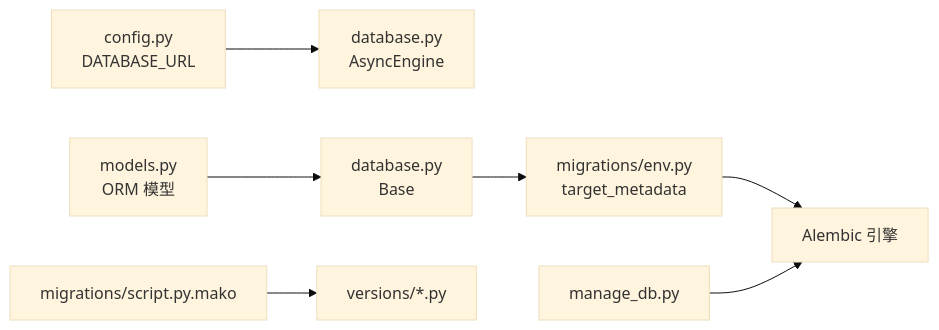
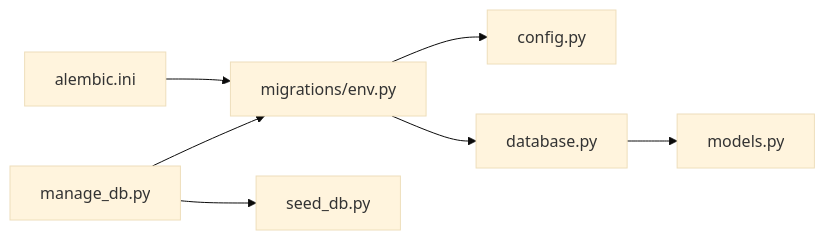
One commit to KunLabAI/KunFlix changed the sixth of 6 diagrams in .qoder/repowiki/zh/content/数据库设计/数据库迁移管理.md. Above: the diagram before and after it, drawn with Mermaid (base theme). The commit also changed other lines of this file and 275 other files, not shown here.

````diff
--- a/.qoder/repowiki/zh/content/数据库设计/数据库迁移管理.md
+++ b/.qoder/repowiki/zh/content/数据库设计/数据库迁移管理.md
@@ -468,9 +252,9 @@
 ```mermaid
 graph LR
-CONFIG["config.py<br/>DATABASE_URL"] --> ENGINE["database.py<br/>AsyncEngine"]
-MODELS["models.py<br/>ORM 模型"] --> BASE["database.py<br/>Base"]
-BASE --> ENV["migrations/env.py<br/>target_metadata"]
-ENV --> ALEMBIC["Alembic 引擎"]
-SCRIPT["migrations/script.py.mako"] --> VERSIONS["versions/*.py"]
-MANAGE["manage_db.py"] --> ALEMBIC
+A["alembic.ini"] --> B["migrations/env.py"]
+B --> C["config.py"]
+B --> D["database.py"]
+D --> E["models.py"]
+F["manage_db.py"] --> B
+F --> G["seed_db.py"]
 ```
````
